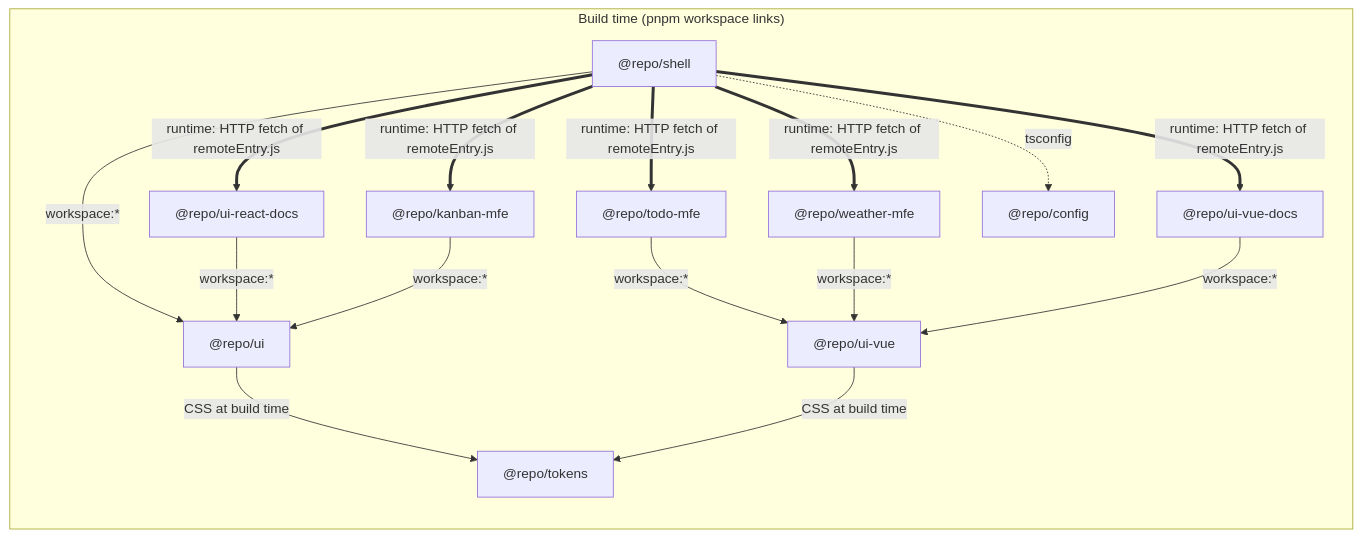
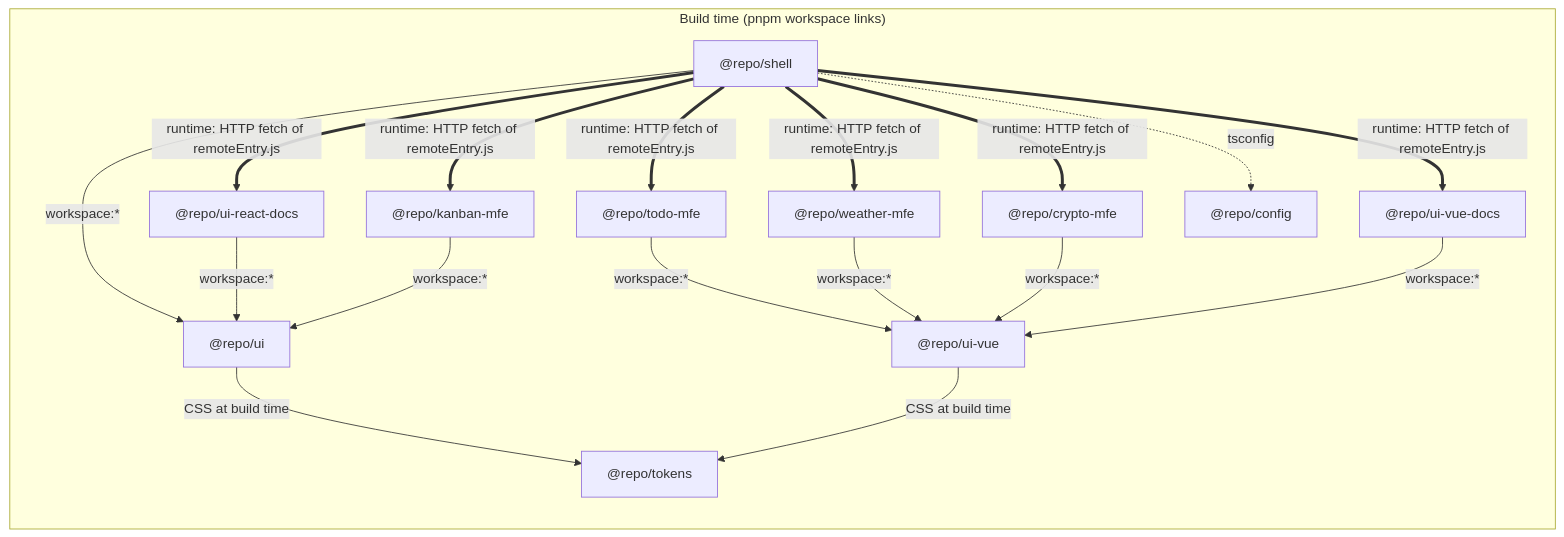
The first of 2 diagrams in documents/how-it-works.md (themis1986/hybrid-mfe-lab), drawn with Mermaid before and after one commit. The commit also changed other lines of this file and 4 other files, not shown here.

Commit message:
docs: add the crypto remote's decision record and wiring notes

````diff
--- a/documents/how-it-works.md
+++ b/documents/how-it-works.md
@@ -38,19 +39,21 @@
 ```mermaid
 graph LR
   subgraph "Build time (pnpm workspace links)"
     shell["@repo/shell"] -- "workspace:*" --> ui["@repo/ui"]
     mfe["@repo/todo-mfe"] -- "workspace:*" --> uivue["@repo/ui-vue"]
     weather["@repo/weather-mfe"] -- "workspace:*" --> uivue
+    crypto["@repo/crypto-mfe"] -- "workspace:*" --> uivue
     docs["@repo/ui-vue-docs"] -- "workspace:*" --> uivue
     rdocs["@repo/ui-react-docs"] -- "workspace:*" --> ui
     kanban["@repo/kanban-mfe"] -- "workspace:*" --> ui
     ui -- "CSS at build time" --> tokens["@repo/tokens"]
     uivue -- "CSS at build time" --> tokens
     shell -. tsconfig .-> config["@repo/config"]
   end
   shell == "runtime: HTTP fetch of remoteEntry.js" ==> mfe
   shell == "runtime: HTTP fetch of remoteEntry.js" ==> weather
+  shell == "runtime: HTTP fetch of remoteEntry.js" ==> crypto
   shell == "runtime: HTTP fetch of remoteEntry.js" ==> docs
   shell == "runtime: HTTP fetch of remoteEntry.js" ==> rdocs
   shell == "runtime: HTTP fetch of remoteEntry.js" ==> kanban
 ```
````
